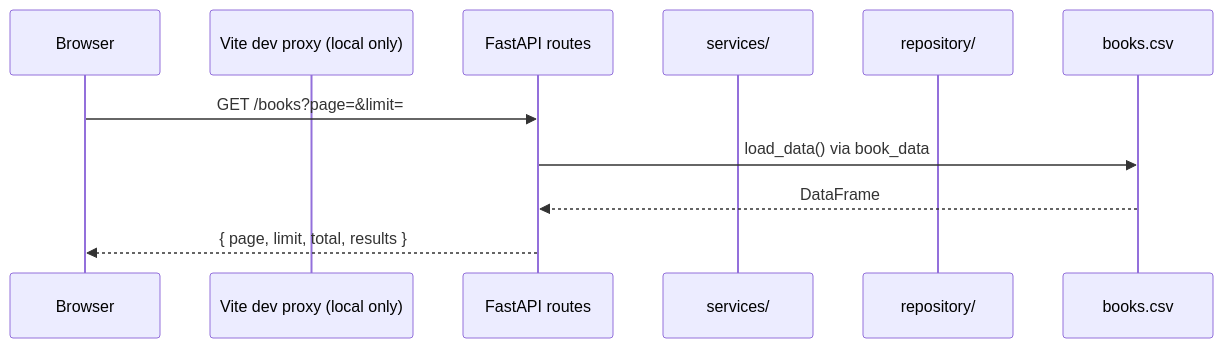
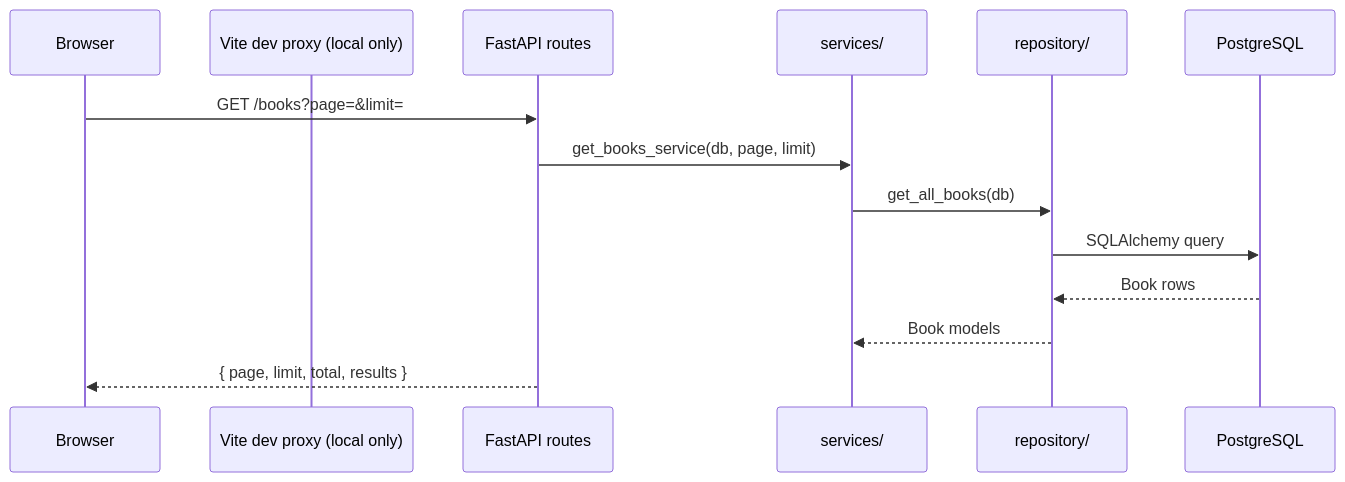
One commit to tranguyeenn/shelftxt changed the second of 4 diagrams in docs/engineering/architecture.md. Above: the diagram before and after it, drawn with Mermaid. The commit also changed other lines of this file and 16 other files, not shown here.

````diff
--- a/docs/engineering/architecture.md
+++ b/docs/engineering/architecture.md
@@ -82,14 +85,17 @@
 ```mermaid
 sequenceDiagram
   participant Browser
   participant Vite as Vite dev proxy (local only)
   participant API as FastAPI routes
   participant Svc as services/
   participant Repo as repository/
-  participant CSV as books.csv
+  participant DB as PostgreSQL
 
   Browser->>API: GET /books?page=&limit=
-  API->>CSV: load_data() via book_data
-  CSV-->>API: DataFrame
+  API->>Svc: get_books_service(db, page, limit)
+  Svc->>Repo: get_all_books(db)
+  Repo->>DB: SQLAlchemy query
+  DB-->>Repo: Book rows
+  Repo-->>Svc: Book models
   API-->>Browser: { page, limit, total, results }
 ```
````
